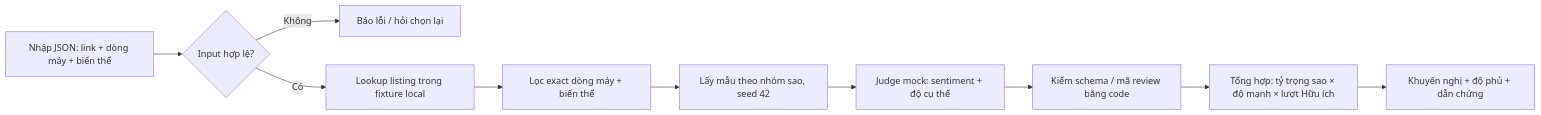
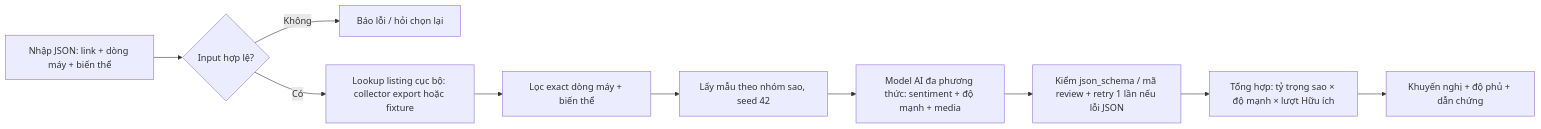
One commit to Youngboy1609/K5-Day15-L3B-BacTrung changed the diagram in spec.md. Above: the diagram before and after it, drawn with Mermaid. The commit also changed other lines of this file and 15 other files, not shown here.

````diff
--- a/spec.md
+++ b/spec.md
@@ -48,12 +48,12 @@
 ```mermaid
 flowchart LR
     A[Nhập JSON: link + dòng máy + biến thể] --> B{Input hợp lệ?}
     B -- Không --> C[Báo lỗi / hỏi chọn lại]
-    B -- Có --> D[Lookup listing trong fixture local]
+    B -- Có --> D[Lookup listing cục bộ: collector export hoặc fixture]
     D --> E[Lọc exact dòng máy + biến thể]
     E --> F[Lấy mẫu theo nhóm sao, seed 42]
-    F --> G[Judge mock: sentiment + độ cụ thể]
-    G --> H[Kiểm schema / mã review bằng code]
+    F --> G[Model AI đa phương thức: sentiment + độ mạnh + media]
+    G --> H[Kiểm json_schema / mã review + retry 1 lần nếu lỗi JSON]
     H --> I[Tổng hợp: tỷ trọng sao × độ mạnh × lượt Hữu ích]
     I --> J[Khuyến nghị + độ phủ + dẫn chứng]
 ```
````
